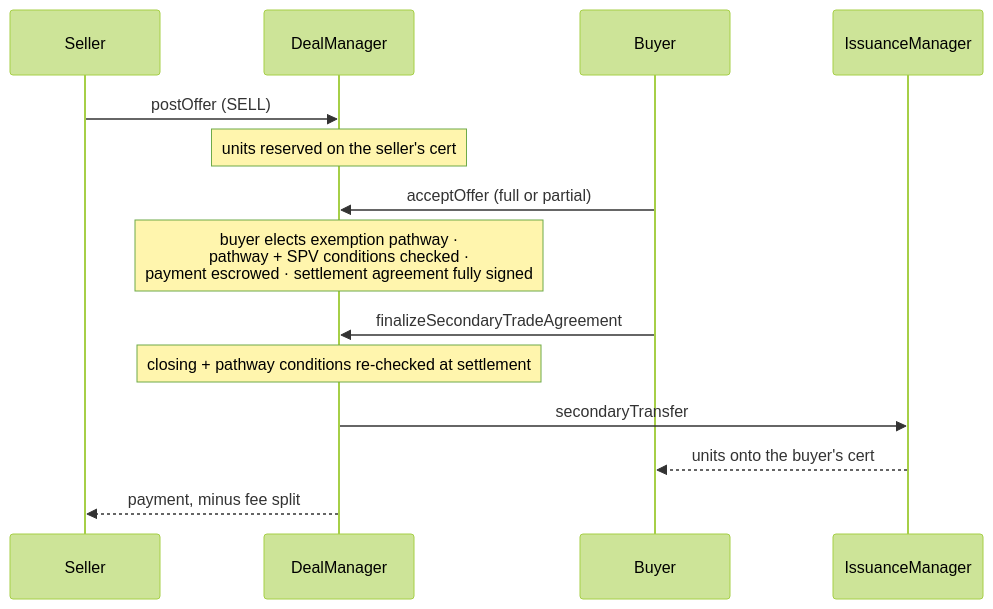
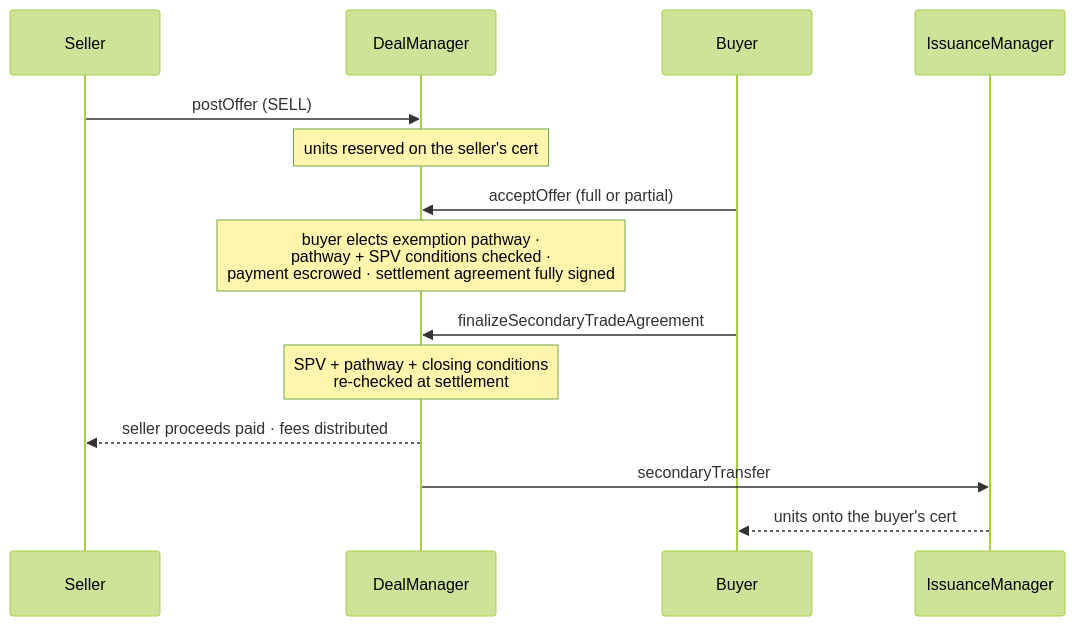
The diagram in docs/how-to/run-a-secondary-trade.md (MetaLex-Tech/cybercorps-contracts), drawn with Mermaid (forest theme) before and after one commit. The commit also changed 1 other file, not shown here.

Commit message:
docs: no printer-uniqueness claim; SPV conditions in settlement re-check; payment before transfer
Codex round 6 on #136.

````diff
--- a/docs/how-to/run-a-secondary-trade.md
+++ b/docs/how-to/run-a-secondary-trade.md
@@ -19,16 +19,16 @@
 ```mermaid
 sequenceDiagram
     participant S as Seller
     participant DM as DealManager
     participant B as Buyer
     participant IM as IssuanceManager
     S->>DM: postOffer (SELL)
     Note over DM: units reserved on the seller's cert
     B->>DM: acceptOffer (full or partial)
     Note over DM: buyer elects exemption pathway ·<br/>pathway + SPV conditions checked ·<br/>payment escrowed · settlement agreement fully signed
     B->>DM: finalizeSecondaryTradeAgreement
-    Note over DM: closing + pathway conditions re-checked at settlement
+    Note over DM: SPV + pathway + closing conditions<br/>re-checked at settlement
+    DM-->>S: seller proceeds paid · fees distributed
     DM->>IM: secondaryTransfer
     IM-->>B: units onto the buyer's cert
-    DM-->>S: payment, minus fee split
 ```
````
